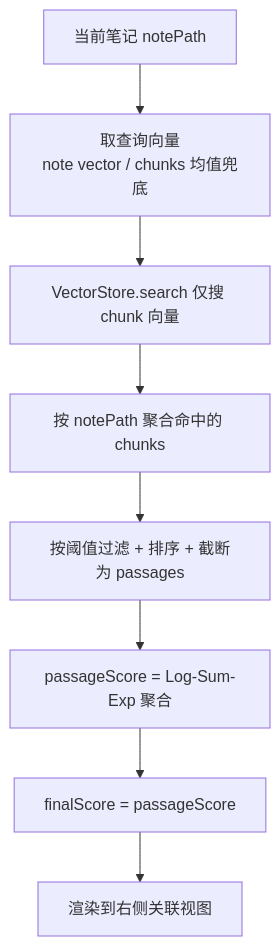
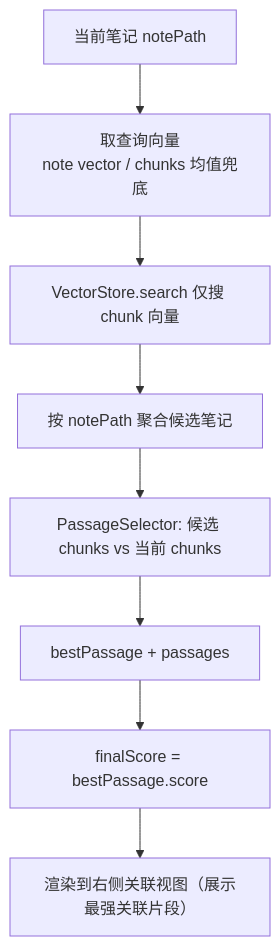
One commit to Moyucharm/Obsidian-Semantic-association changed the fifth of 6 diagrams in docs/WORKFLOW.zh-CN.md. Above: the diagram before and after it, drawn with Mermaid. The commit also changed other lines of this file and 10 other files, not shown here.

````diff
--- a/docs/WORKFLOW.zh-CN.md
+++ b/docs/WORKFLOW.zh-CN.md
@@ -163,10 +170,10 @@
 ```mermaid
 flowchart TD
   A[当前笔记 notePath] --> B[取查询向量<br/>note vector / chunks 均值兜底]
   B --> C[VectorStore.search 仅搜 chunk 向量]
-  C --> D[按 notePath 聚合命中的 chunks]
-  D --> E[按阈值过滤 + 排序 + 截断为 passages]
-  E --> F[passageScore = Log-Sum-Exp 聚合]
-  F --> G[finalScore = passageScore]
-  G --> H[渲染到右侧关联视图]
+  C --> D[按 notePath 聚合候选笔记]
+  D --> E[PassageSelector: 候选 chunks vs 当前 chunks]
+  E --> F[bestPassage + passages]
+  F --> G[finalScore = bestPassage.score]
+  G --> H[渲染到右侧关联视图（展示最强关联片段）]
 ```
````
